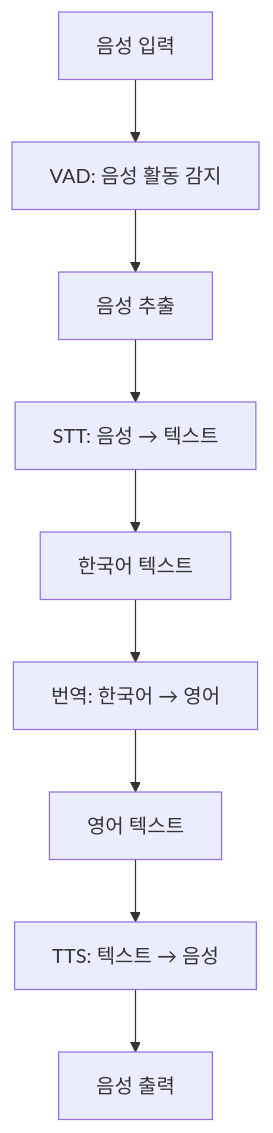
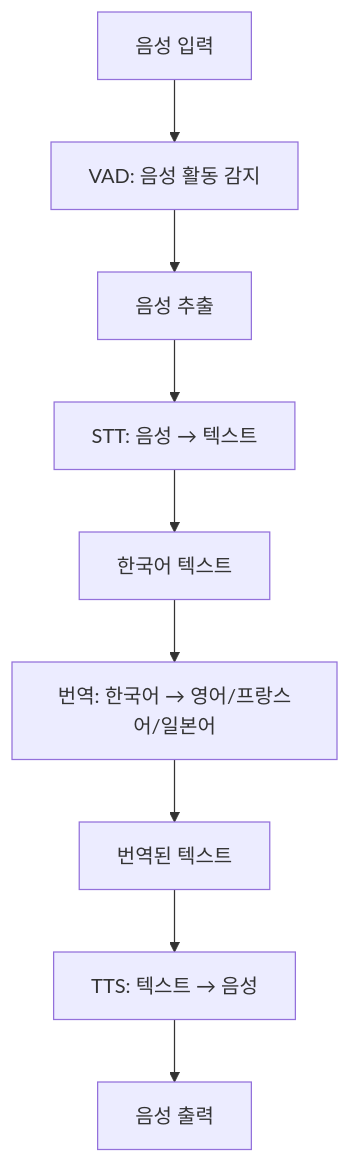
The diagram in README.md (ssohk26/kdt), drawn with Mermaid before and after one commit. The commit also changed other lines of this file and 2 other files, not shown here.

````diff
--- a/README.md
+++ b/README.md
@@ -20,11 +26,11 @@
 ```mermaid
 graph TD;
     A[음성 입력] --> B[VAD: 음성 활동 감지];
     B --> C[음성 추출];
     C --> D[STT: 음성 → 텍스트];
     D --> E[한국어 텍스트];
-    E --> F[번역: 한국어 → 영어];
-    F --> G[영어 텍스트];
+    E --> F[번역: 한국어 → 영어/프랑스어/일본어];
+    F --> G[번역된 텍스트];
     G --> H[TTS: 텍스트 → 음성];
     H --> I[음성 출력];
 ```
````
